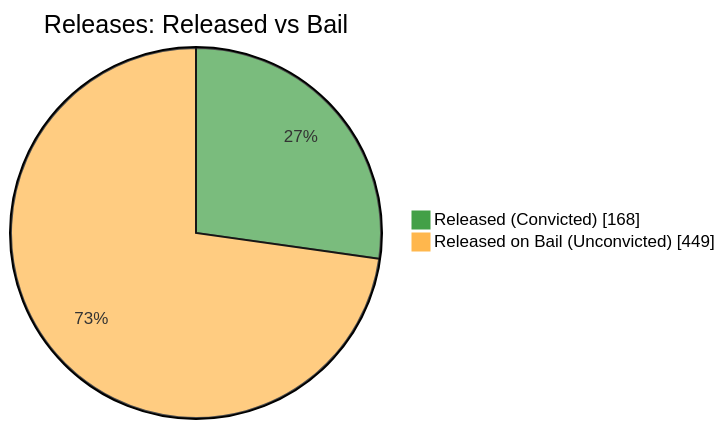
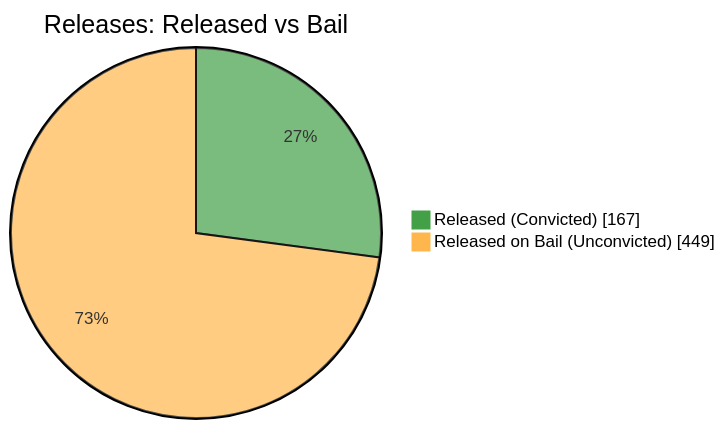
The fifth of 7 diagrams in README.md (nuuuwan/lk_prisons), drawn with Mermaid before and after one commit. The commit also changed other lines of this file and 1 other file, not shown here.

````diff
--- a/README.md
+++ b/README.md
@@ -87,6 +87,6 @@
 ```mermaid
 %%{init: {'themeVariables': {'pie1': '#43A047', 'pie2': '#FFB74D'}}}%%
 pie showData title Releases: Released vs Bail
-    "Released (Convicted)" : 168
+    "Released (Convicted)" : 167
     "Released on Bail (Unconvicted)" : 449
 ```
````
